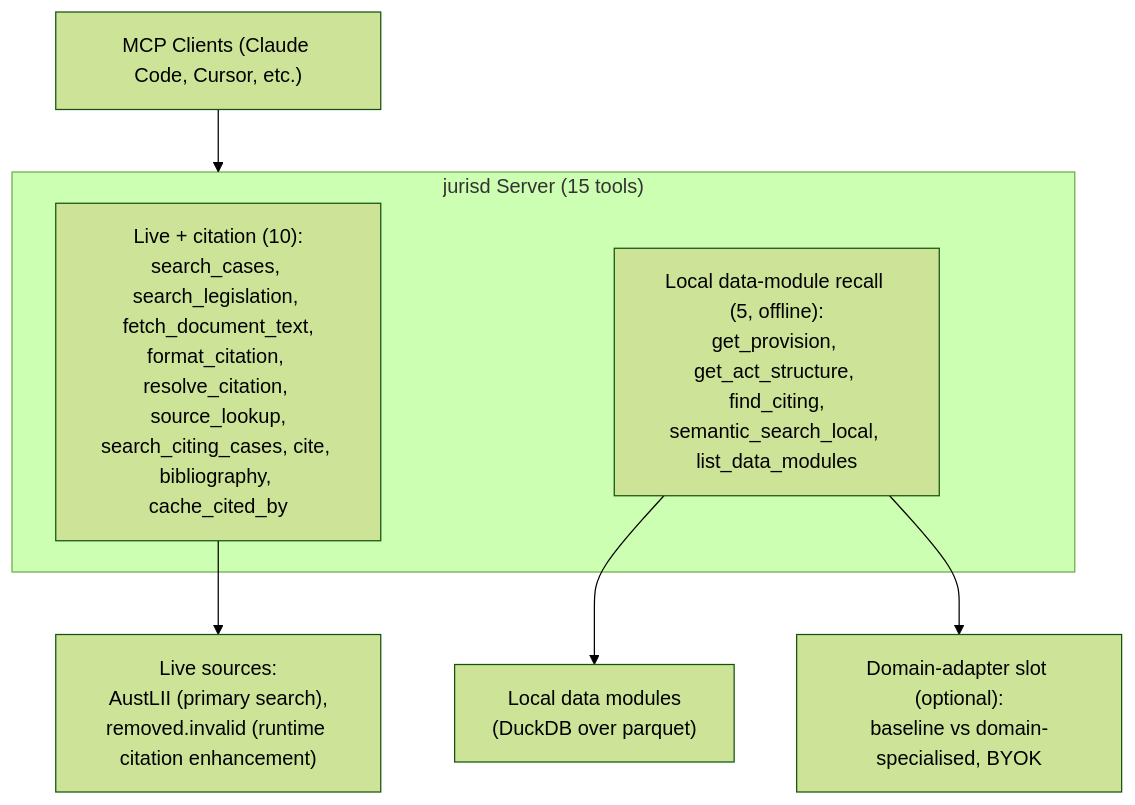
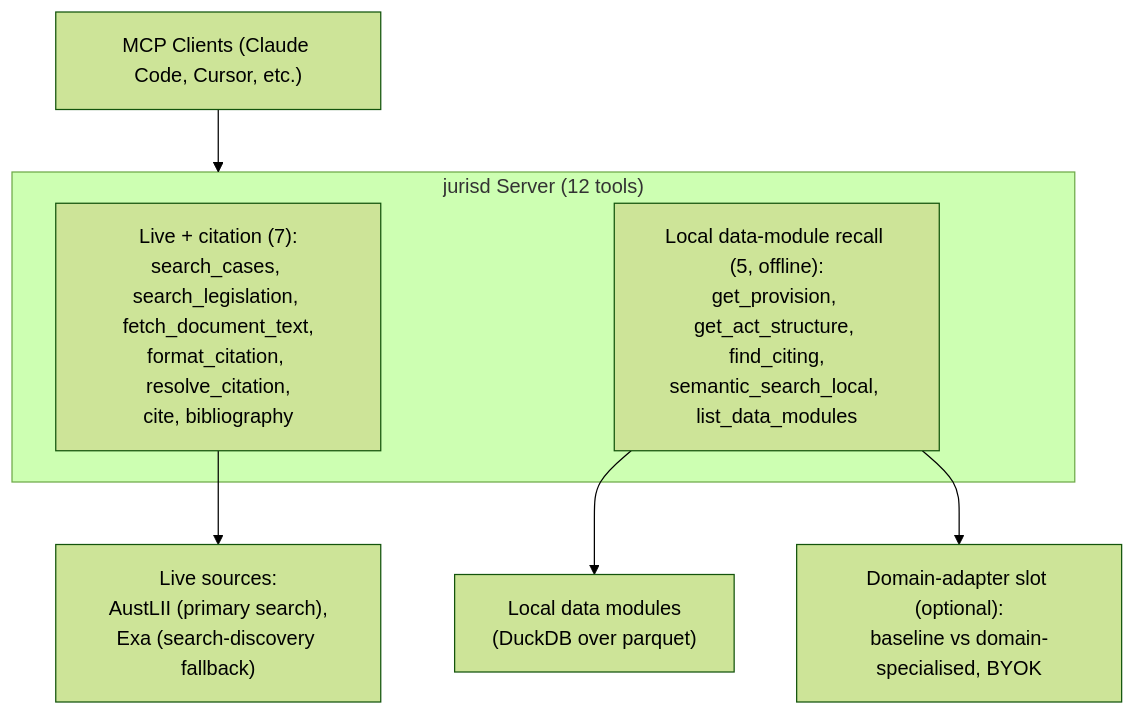
One commit to WorkingMem/jurisd changed the diagram in docs/ARCHITECTURE.md. Above: the diagram before and after it, drawn with Mermaid (forest theme). The commit also changed other lines of this file and 108 other files, not shown here.

````diff
--- a/docs/ARCHITECTURE.md
+++ b/docs/ARCHITECTURE.md
@@ -23,18 +23,18 @@
 ```mermaid
 flowchart TD
     Clients["MCP Clients (Claude Code, Cursor, etc.)"]
 
-    subgraph Server["jurisd Server (15 tools)"]
-        Live["Live + citation (10):<br/>search_cases, search_legislation, fetch_document_text,<br/>format_citation, resolve_citation, source_lookup,<br/>search_citing_cases, cite, bibliography, cache_cited_by"]
+    subgraph Server["jurisd Server (12 tools)"]
+        Live["Live + citation (7):<br/>search_cases, search_legislation, fetch_document_text,<br/>format_citation, resolve_citation,<br/>cite, bibliography"]
         Local["Local data-module recall (5, offline):<br/>get_provision, get_act_structure, find_citing,<br/>semantic_search_local, list_data_modules"]
     end
 
-    LiveSrc["Live sources:<br/>AustLII (primary search),<br/>removed.invalid (runtime citation enhancement)"]
+    LiveSrc["Live sources:<br/>AustLII (primary search),<br/>Exa (search-discovery fallback)"]
     Modules["Local data modules<br/>(DuckDB over parquet)"]
     Adapter["Domain-adapter slot (optional):<br/>baseline vs domain-specialised, BYOK"]
 
     Clients --> Server
     Live --> LiveSrc
     Local --> Modules
     Local --> Adapter
 ```
````
